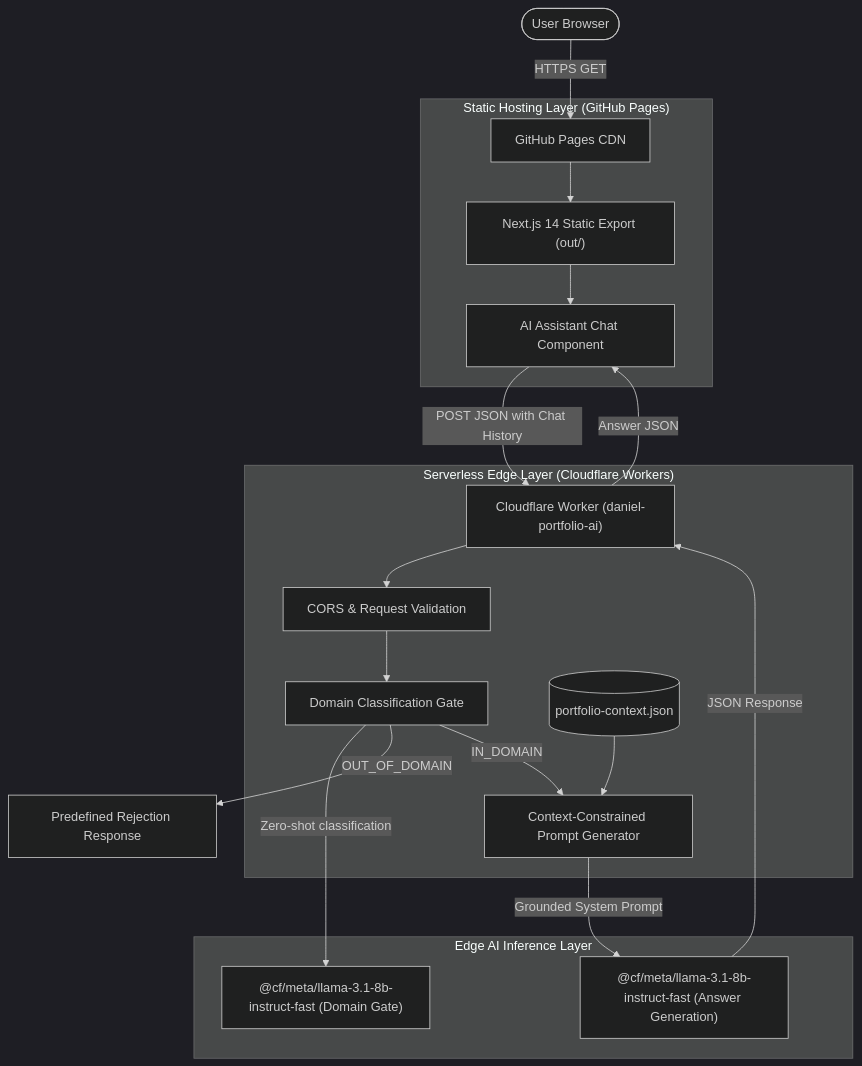
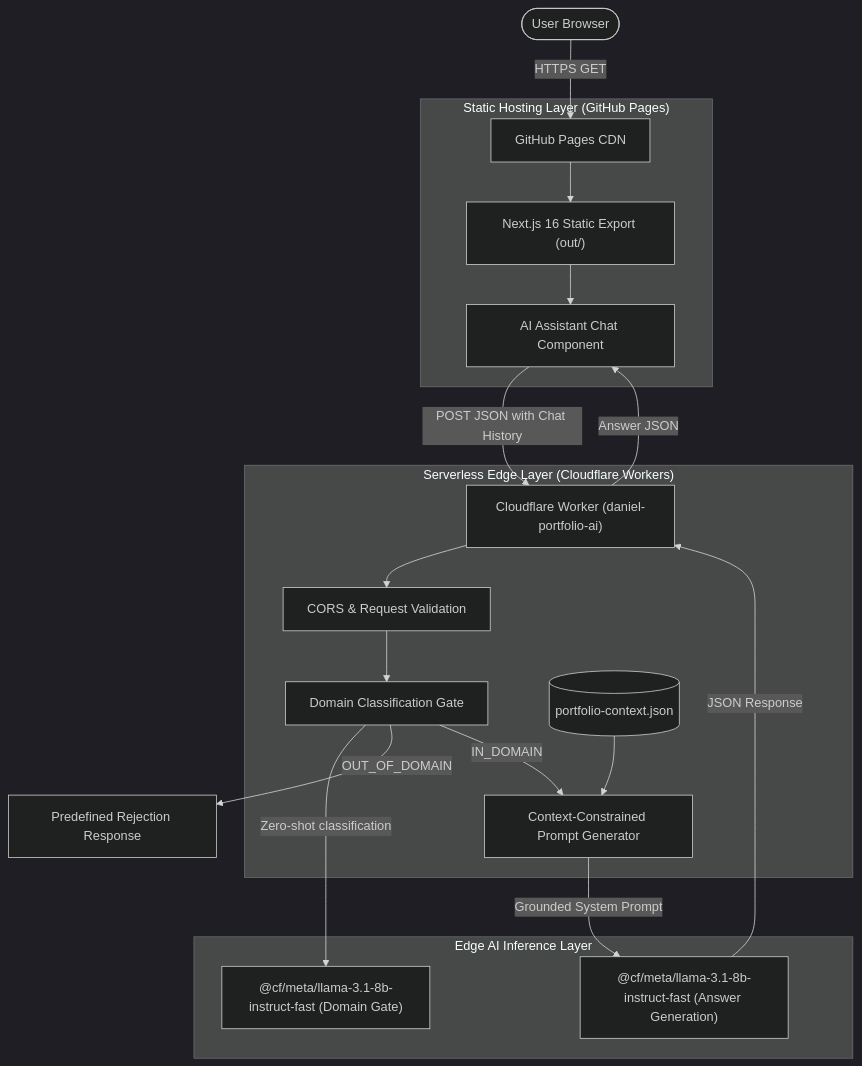
One commit to DanteBurbano27/DanteBurbano27.github.io changed the diagram in README.md. Above: the diagram before and after it, drawn with Mermaid (dark theme). The commit also changed other lines of this file, not shown here.

Commit message:
docs: synchronize README with Next.js 16

````diff
--- a/README.md
+++ b/README.md
@@ -18,39 +18,39 @@
 ```mermaid
 flowchart TD
     User([User Browser])
     
     subgraph Frontend["Static Hosting Layer (GitHub Pages)"]
         Pages["GitHub Pages CDN"]
-        NextStatic["Next.js 14 Static Export (out/)"]
+        NextStatic["Next.js 16 Static Export (out/)"]
         ChatUI["AI Assistant Chat Component"]
     end
     
     subgraph Edge["Serverless Edge Layer (Cloudflare Workers)"]
         Worker["Cloudflare Worker (daniel-portfolio-ai)"]
         CORS["CORS & Request Validation"]
         DomainGate["Domain Classification Gate"]
         CtxPrompt["Context-Constrained Prompt Generator"]
         ContextData[("portfolio-context.json")]
     end
     
     subgraph AI["Edge AI Inference Layer"]
         LlamaClassifier["@cf/meta/llama-3.1-8b-instruct-fast (Domain Gate)"]
         LlamaGenerator["@cf/meta/llama-3.1-8b-instruct-fast (Answer Generation)"]
     end
 
     User -->|HTTPS GET| Pages
     Pages --> NextStatic
     NextStatic --> ChatUI
     ChatUI -->|POST JSON with Chat History| Worker
     Worker --> CORS
     CORS --> DomainGate
     DomainGate -->|Zero-shot classification| LlamaClassifier
     
     DomainGate -->|OUT_OF_DOMAIN| RejectMsg["Predefined Rejection Response"]
     DomainGate -->|IN_DOMAIN| CtxPrompt
     
     ContextData --> CtxPrompt
     CtxPrompt -->|Grounded System Prompt| LlamaGenerator
     LlamaGenerator -->|JSON Response| Worker
     Worker -->|Answer JSON| ChatUI
 ```
````
